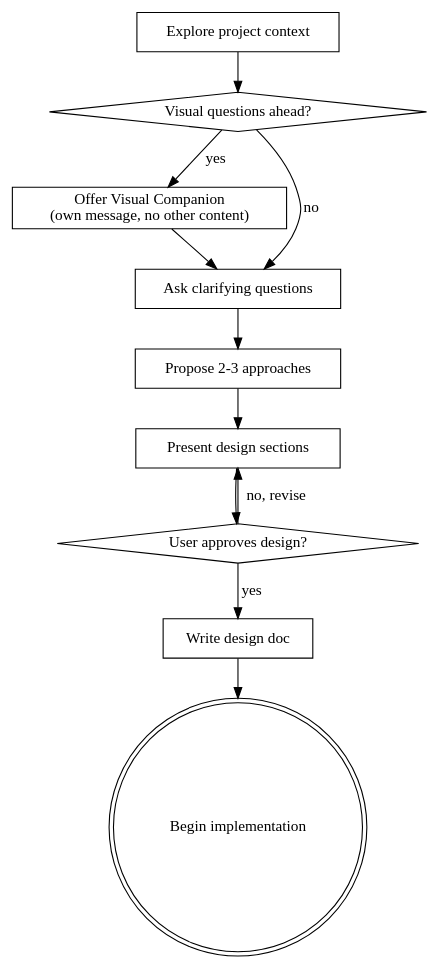
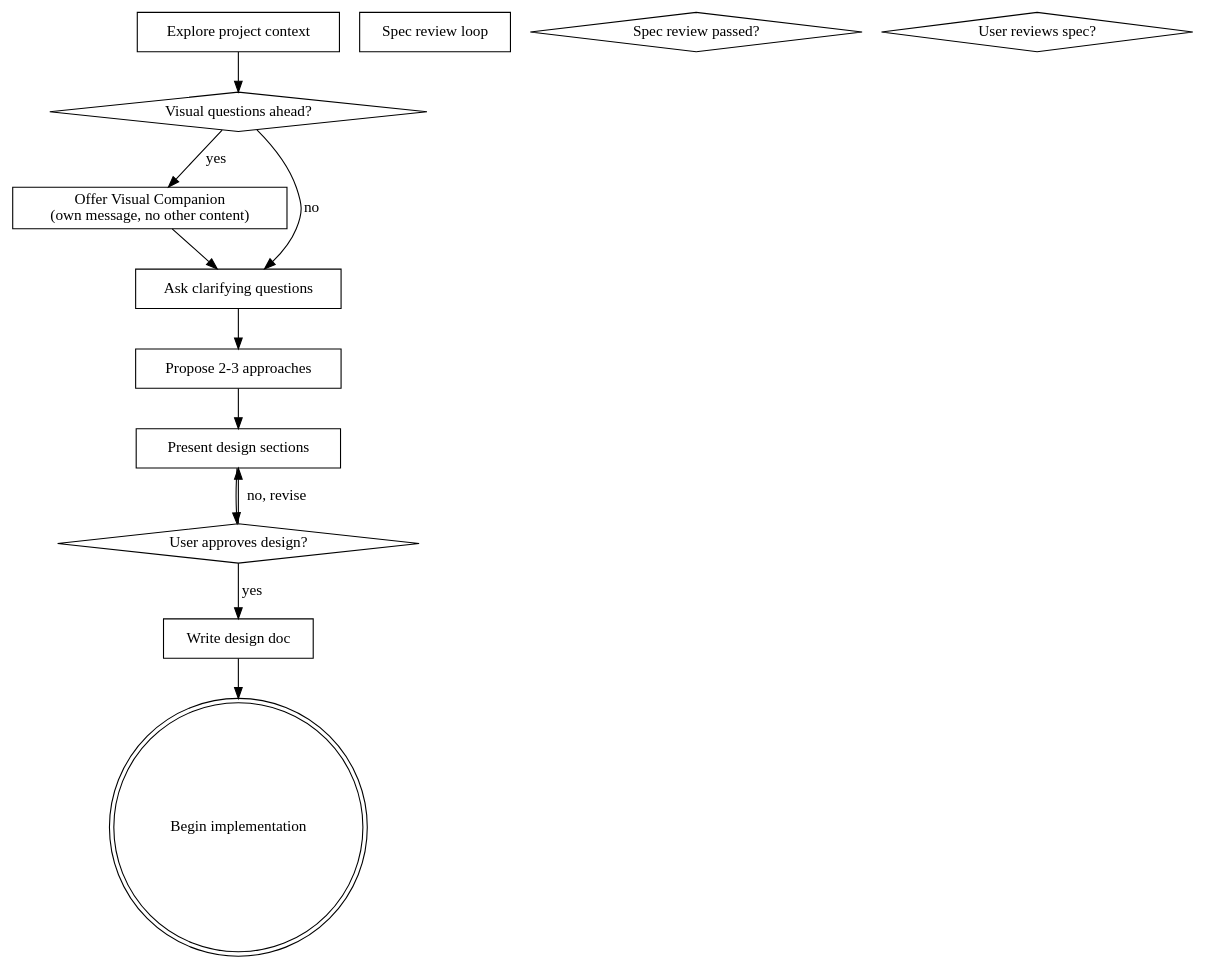
Before and after one commit to hktonylee/superpowers: the diagram in skills/brainstorming/SKILL.md, drawn with Graphviz. The commit also changed other lines of this file, not shown here.

````diff
--- a/skills/brainstorming/SKILL.md
+++ b/skills/brainstorming/SKILL.md
@@ -36,24 +36,27 @@
 ```dot
 digraph brainstorming {
     "Explore project context" [shape=box];
     "Visual questions ahead?" [shape=diamond];
     "Offer Visual Companion\n(own message, no other content)" [shape=box];
     "Ask clarifying questions" [shape=box];
     "Propose 2-3 approaches" [shape=box];
     "Present design sections" [shape=box];
     "User approves design?" [shape=diamond];
     "Write design doc" [shape=box];
+    "Spec review loop" [shape=box];
+    "Spec review passed?" [shape=diamond];
+    "User reviews spec?" [shape=diamond];
     "Begin implementation" [shape=doublecircle];
 
     "Explore project context" -> "Visual questions ahead?";
     "Visual questions ahead?" -> "Offer Visual Companion\n(own message, no other content)" [label="yes"];
     "Visual questions ahead?" -> "Ask clarifying questions" [label="no"];
     "Offer Visual Companion\n(own message, no other content)" -> "Ask clarifying questions";
     "Ask clarifying questions" -> "Propose 2-3 approaches";
     "Propose 2-3 approaches" -> "Present design sections";
     "Present design sections" -> "User approves design?";
     "User approves design?" -> "Present design sections" [label="no, revise"];
     "User approves design?" -> "Write design doc" [label="yes"];
     "Write design doc" -> "Begin implementation";
 }
 ```
````
